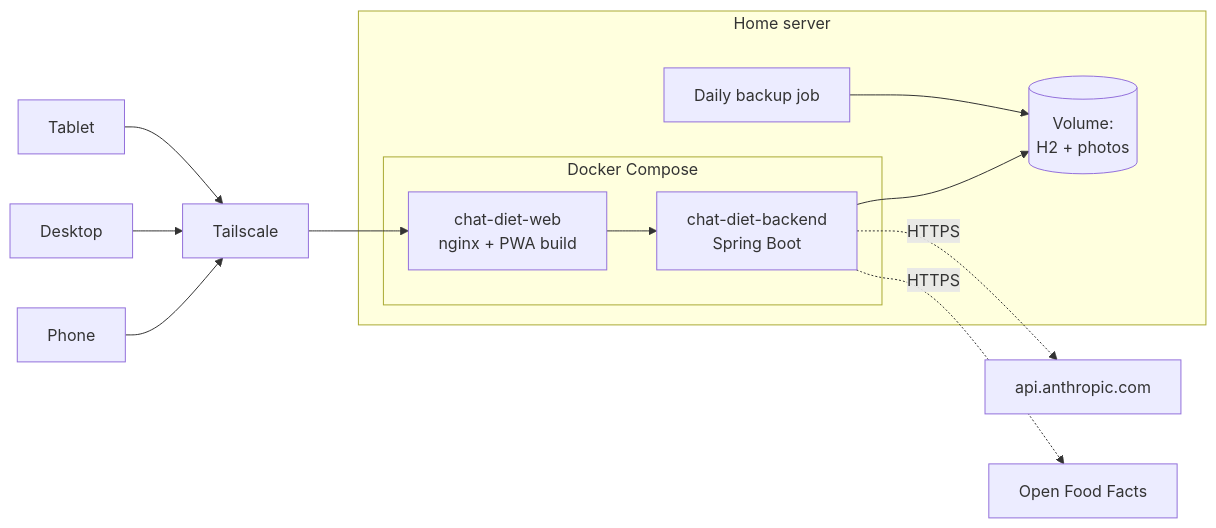
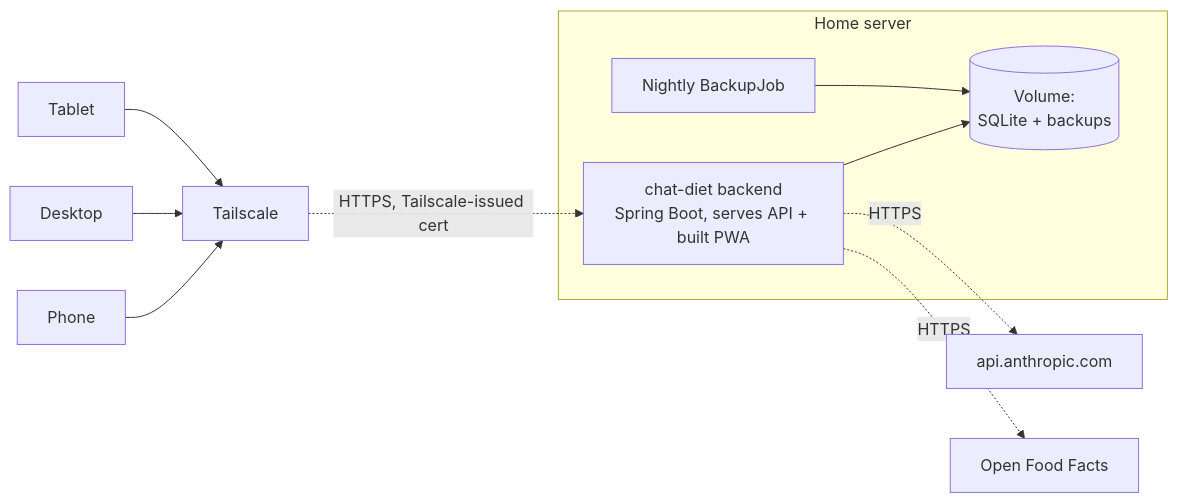
Before and after one commit to rodmxw11/chat-diet-open: the sixth of 6 diagrams in SPEC.md, drawn with Mermaid. The commit also changed other lines of this file, not shown here.

````diff
--- a/SPEC.md
+++ b/SPEC.md
@@ -772,22 +668,18 @@
 ```mermaid
 graph LR
     subgraph Home["Home server"]
-        subgraph Compose["Docker Compose"]
-            BE[chat-diet-backend<br/>Spring Boot]
-            FE[chat-diet-web<br/>nginx + PWA build]
-        end
-        VOL[(Volume:<br/>H2 + photos)]
-        BK[Daily backup job]
+        BE[chat-diet backend<br/>Spring Boot, serves API + built PWA]
+        VOL[(Volume:<br/>SQLite + backups)]
+        BK[Nightly BackupJob]
     end
 
-    TS[Tailscale] --> FE
-    FE --> BE
+    TS[Tailscale] -.HTTPS, Tailscale-issued cert.-> BE
     BE --> VOL
     BK --> VOL
     BE -.HTTPS.-> ANT[api.anthropic.com]
     BE -.HTTPS.-> OFF[Open Food Facts]
 
     Phone[Phone] --> TS
     Desktop[Desktop] --> TS
     Tablet[Tablet] --> TS
 ```
````
